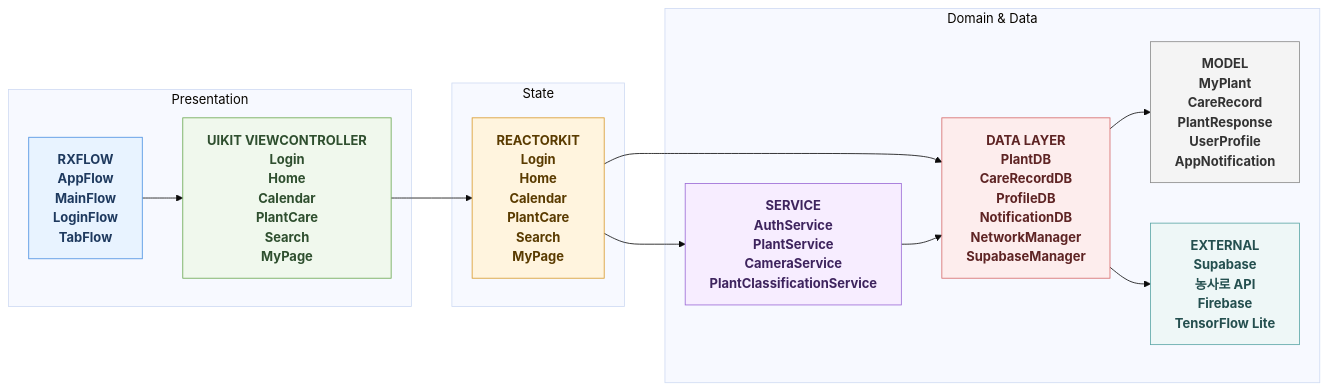
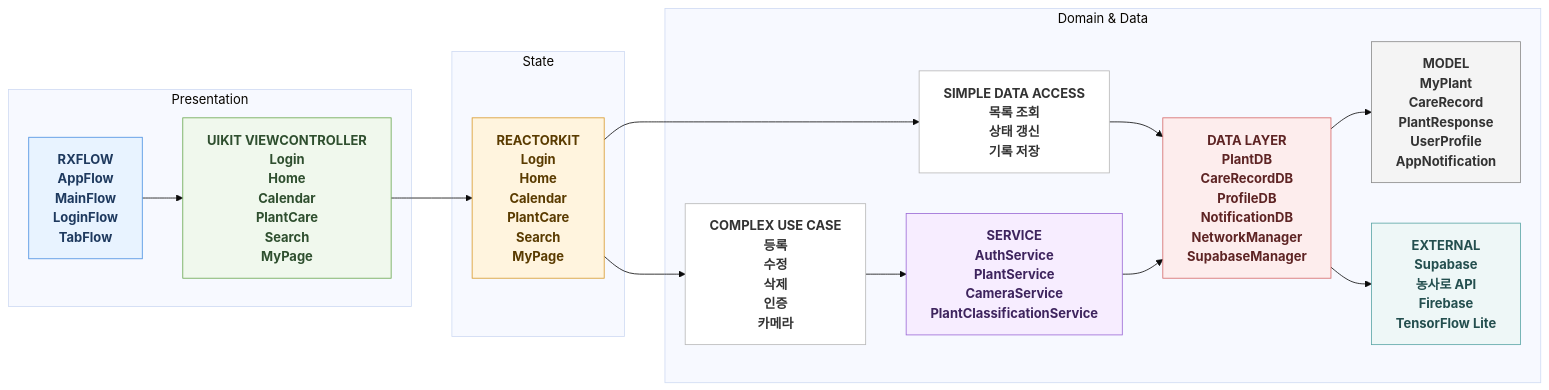
The first of 2 diagrams in README.md (Jooslin/LeafLog), drawn with Mermaid (base theme) before and after one commit. The commit also changed other lines of this file, not shown here.

Commit message:
📝docs: 리드미 다이어그램 수정

````diff
--- a/README.md
+++ b/README.md
@@ -68,45 +68,51 @@
 ```mermaid
 flowchart LR
     direction LR
 
     subgraph Presentation["Presentation"]
         Flow["RXFLOW<br/>AppFlow<br/>MainFlow<br/>LoginFlow<br/>TabFlow"]
         View["UIKIT VIEWCONTROLLER<br/>Login<br/>Home<br/>Calendar<br/>PlantCare<br/>Search<br/>MyPage"]
     end
 
     subgraph State["State"]
         Reactor["REACTORKIT<br/>Login<br/>Home<br/>Calendar<br/>PlantCare<br/>Search<br/>MyPage"]
     end
 
     subgraph DomainData["Domain & Data"]
+        ComplexUseCase["COMPLEX USE CASE<br/>등록<br/>수정<br/>삭제<br/>인증<br/>카메라"]
+        SimpleDataAccess["SIMPLE DATA ACCESS<br/>목록 조회<br/>상태 갱신<br/>기록 저장"]
         Service["SERVICE<br/>AuthService<br/>PlantService<br/>CameraService<br/>PlantClassificationService"]
         Data["DATA LAYER<br/>PlantDB<br/>CareRecordDB<br/>ProfileDB<br/>NotificationDB<br/>NetworkManager<br/>SupabaseManager"]
         Model["MODEL<br/>MyPlant<br/>CareRecord<br/>PlantResponse<br/>UserProfile<br/>AppNotification"]
         External["EXTERNAL<br/>Supabase<br/>농사로 API<br/>Firebase<br/>TensorFlow Lite"]
     end
 
     Flow --> View
     View --> Reactor
-    Reactor --> Service
-    Reactor --> Data
+    Reactor --> ComplexUseCase
+    Reactor --> SimpleDataAccess
+    ComplexUseCase --> Service
+    SimpleDataAccess --> Data
     Service --> Data
     Data --> Model
     Data --> External
 
+    classDef usecase fill:#FFFFFF,stroke:#B8B8B8,color:#333333,font-weight:bold
     classDef flow fill:#E8F3FF,stroke:#4A90E2,color:#1F3A5F,font-weight:bold
     classDef view fill:#F0F8ED,stroke:#6AA84F,color:#2F4F2F,font-weight:bold
     classDef reactor fill:#FFF4DE,stroke:#D99A2B,color:#5A3B00,font-weight:bold
     classDef service fill:#F7EDFF,stroke:#9B6AD6,color:#3E245E,font-weight:bold
     classDef data fill:#FDEDED,stroke:#D66A6A,color:#5E2424,font-weight:bold
     classDef model fill:#F4F4F4,stroke:#8A8A8A,color:#333333,font-weight:bold
     classDef external fill:#EEF7F7,stroke:#5BA6A6,color:#244F4F,font-weight:bold
 
     class Flow flow
     class View view
     class Reactor reactor
+    class ComplexUseCase,SimpleDataAccess usecase
     class Service service
     class Data data
     class Model model
     class External external
 
 ```
````
